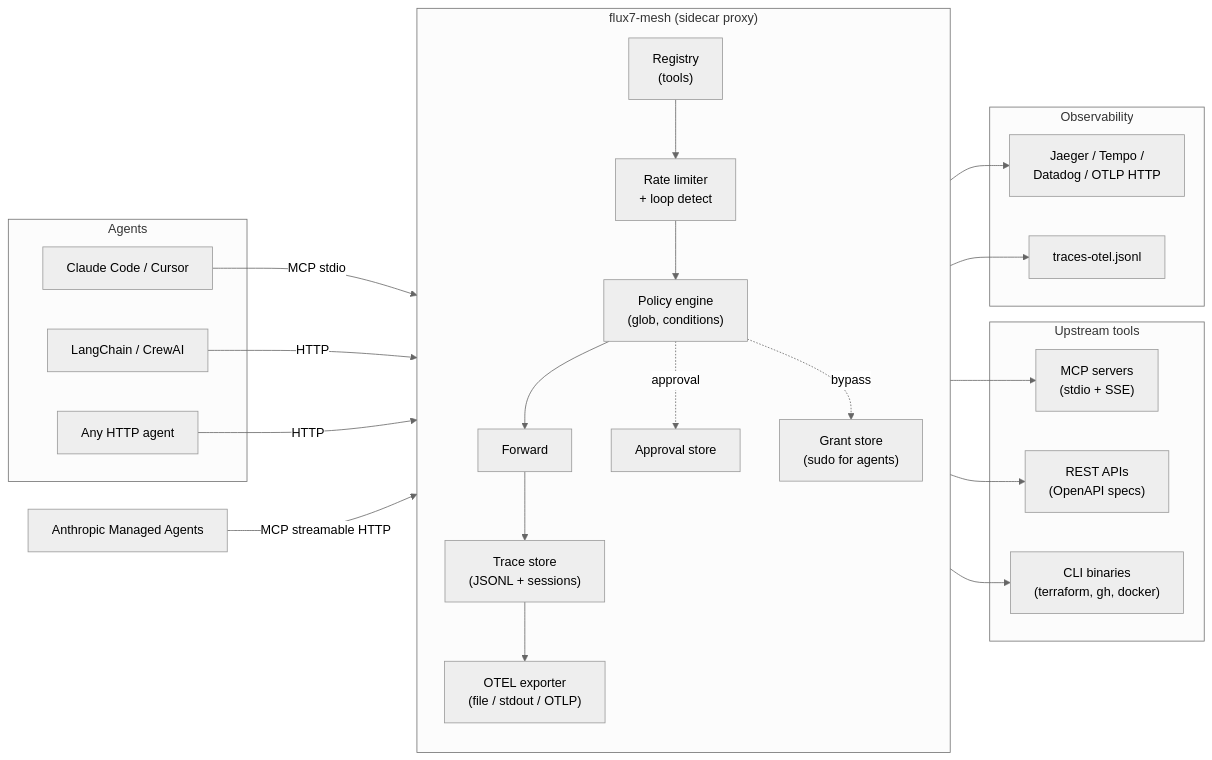
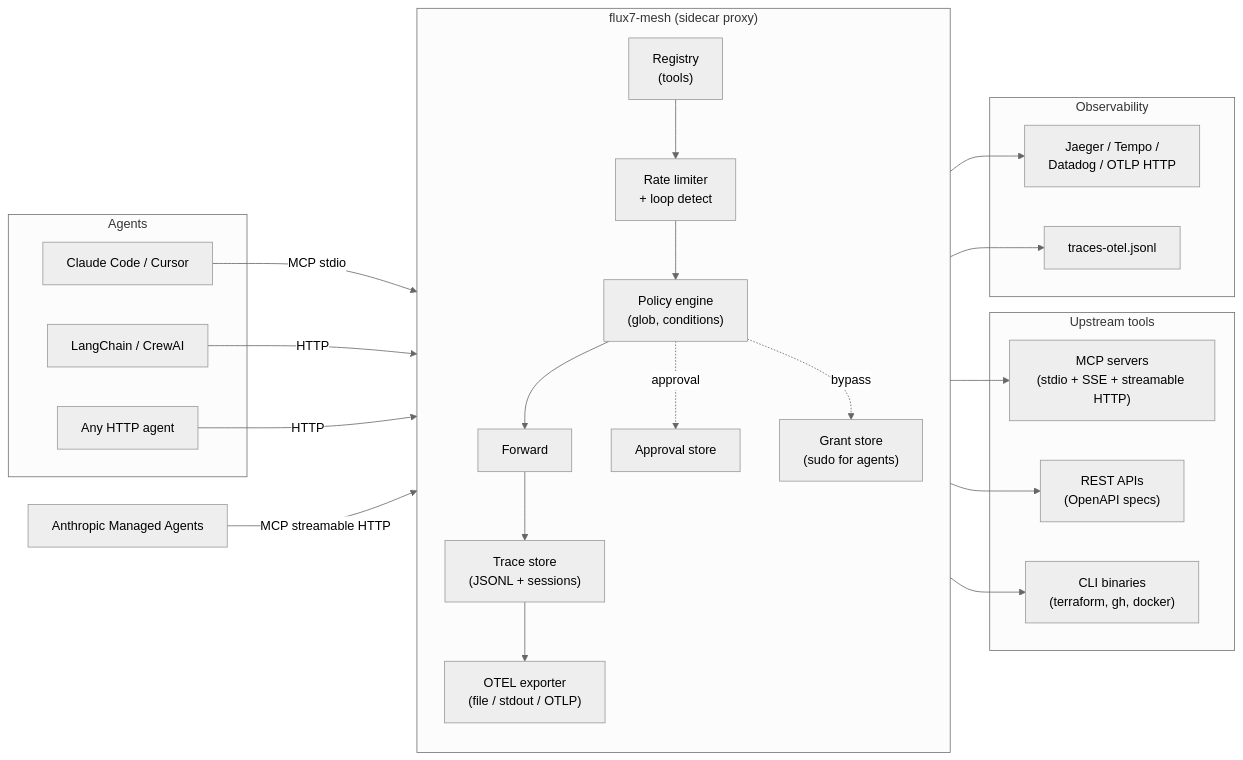
The diagram in README.md (KTCrisis/flux7-mesh), drawn with Mermaid (neutral theme) before and after one commit. The commit also changed other lines of this file and 6 other files, not shown here.

First line of the commit message:
feat: consume upstream MCP servers over Streamable HTTP

````diff
--- a/README.md
+++ b/README.md
@@ -37,51 +37,51 @@
 ```mermaid
 flowchart LR
     subgraph Agents["Agents"]
         A1["Claude Code / Cursor"]
         A2["LangChain / CrewAI"]
         A3["Any HTTP agent"]
     end
 
     subgraph Mesh["flux7-mesh (sidecar proxy)"]
         direction TB
         REG["Registry<br/>(tools)"]
         RL["Rate limiter<br/>+ loop detect"]
         POL["Policy engine<br/>(glob, conditions)"]
         FWD["Forward"]
         APP["Approval store"]
         GRT["Grant store<br/>(sudo for agents)"]
         TRC["Trace store<br/>(JSONL + sessions)"]
         OTEL["OTEL exporter<br/>(file / stdout / OTLP)"]
 
         REG --> RL --> POL --> FWD
         POL -.approval.-> APP
         POL -.bypass.-> GRT
         FWD --> TRC
         TRC --> OTEL
     end
 
     subgraph Upstream["Upstream tools"]
-        U1["MCP servers<br/>(stdio + SSE)"]
+        U1["MCP servers<br/>(stdio + SSE + streamable HTTP)"]
         U2["REST APIs<br/>(OpenAPI specs)"]
         U3["CLI binaries<br/>(terraform, gh, docker)"]
     end
 
     subgraph Observability["Observability"]
         O1["Jaeger / Tempo /<br/>Datadog / OTLP HTTP"]
         O2["traces-otel.jsonl"]
     end
 
     A4["Anthropic Managed Agents"]
 
     A1 -- "MCP stdio" --> Mesh
     A2 -- HTTP --> Mesh
     A3 -- HTTP --> Mesh
     A4 -- "MCP streamable HTTP" --> Mesh
 
     FWD --> U1
     FWD --> U2
     FWD --> U3
 
     OTEL --> O1
     OTEL --> O2
 ```
````
